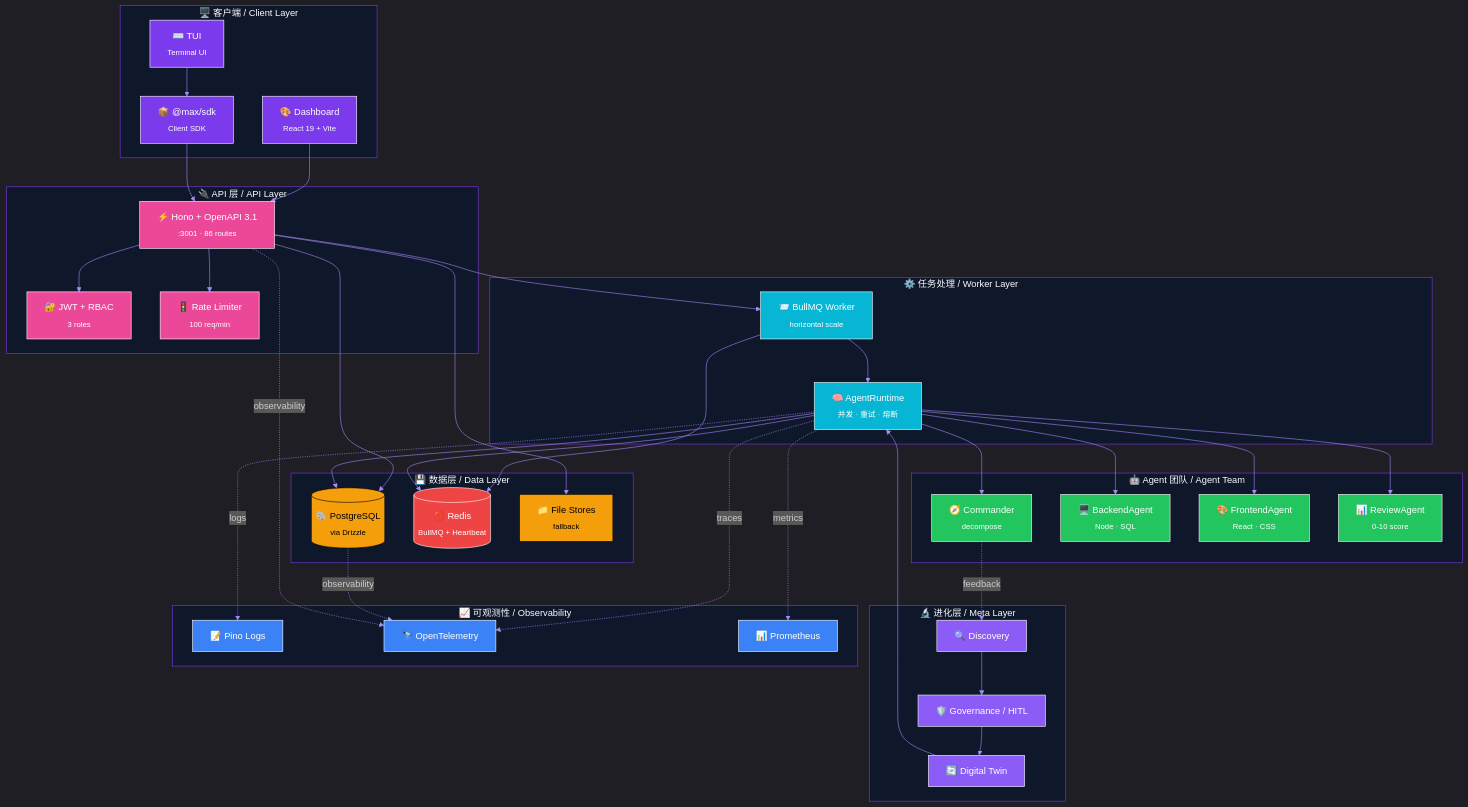
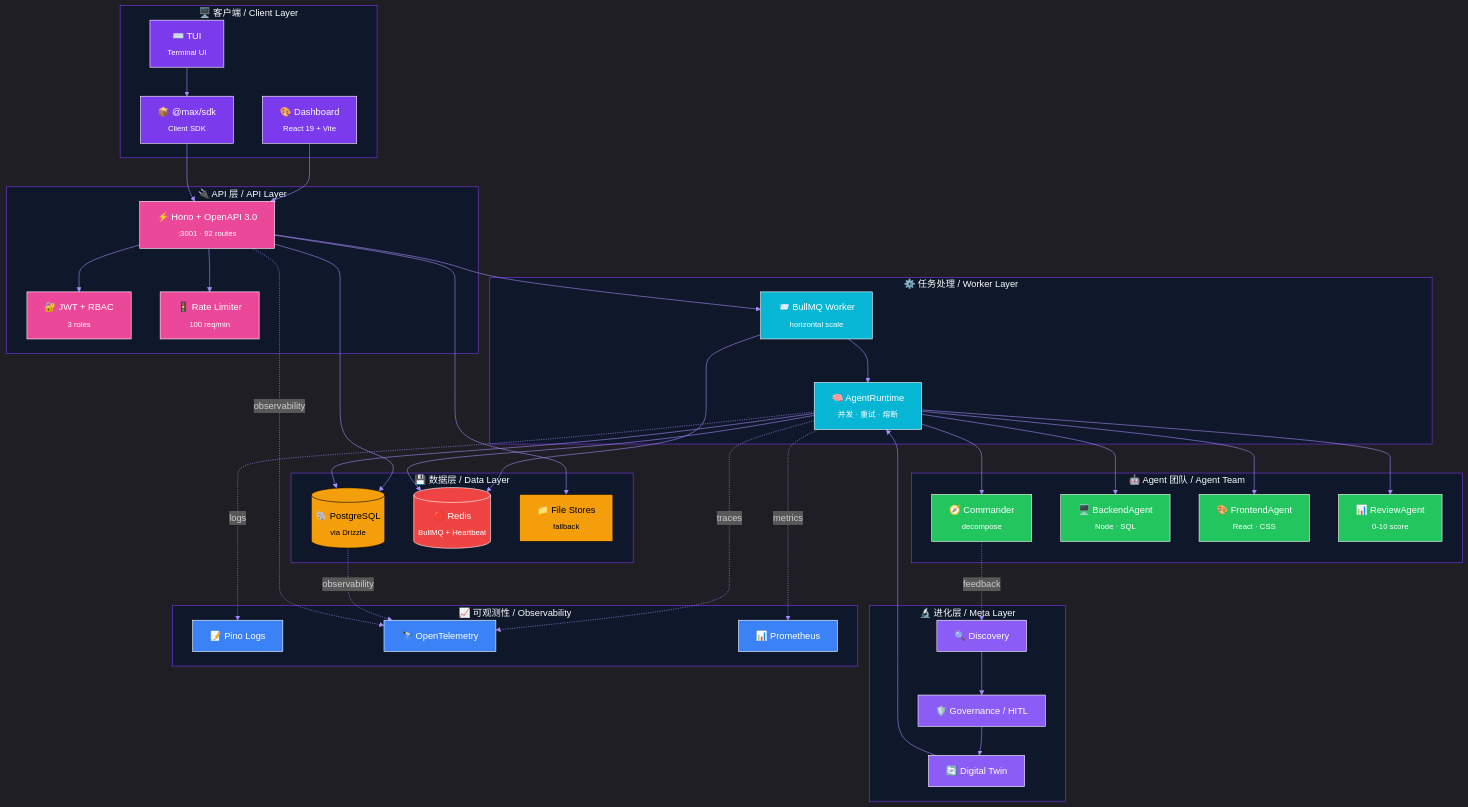
The second of 2 diagrams in README.md (syxscott/Maximilian), drawn with Mermaid before and after one commit. The commit also changed other lines of this file and 4 other files, not shown here.

```diff
--- a/README.md
+++ b/README.md
@@ -726,7 +720,7 @@
     end
 
     subgraph API["🔌 API 层 / API Layer"]
-        HONO["⚡ Hono + OpenAPI 3.1<br/><sub>:3001 · 86 routes</sub>"]
+        HONO["⚡ Hono + OpenAPI 3.0<br/><sub>:3001 · 92 routes</sub>"]
         AUTH["🔐 JWT + RBAC<br/><sub>3 roles</sub>"]
         RATE["🚦 Rate Limiter<br/><sub>100 req/min</sub>"]
     end
```
